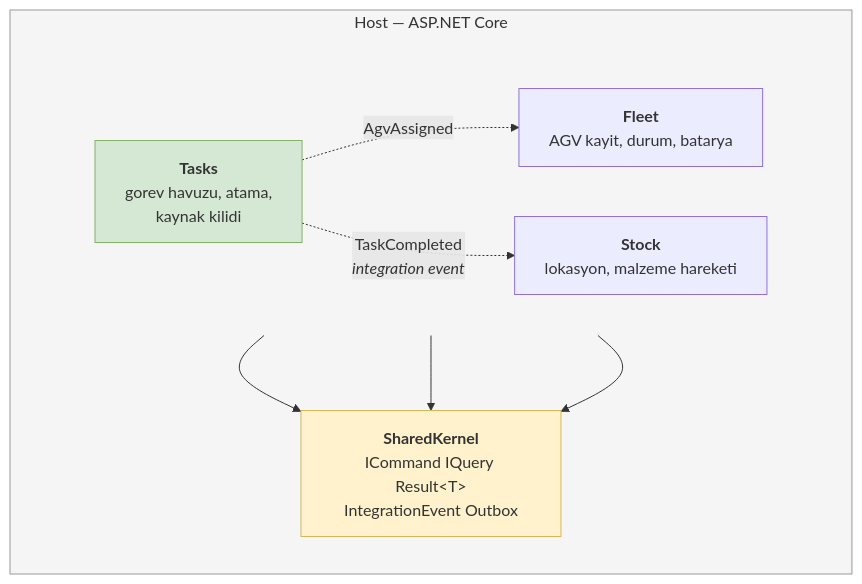
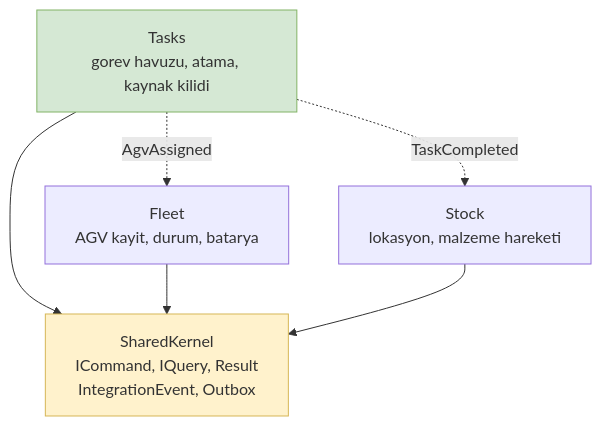
The first of 9 diagrams in docs/02-functional-analysis.md (SenaKocaslan/fleetops), drawn with Mermaid before and after one commit. The commit also changed other lines of this file and 1 other file, not shown here.

````diff
--- a/docs/02-functional-analysis.md
+++ b/docs/02-functional-analysis.md
@@ -5,25 +5,17 @@
 ```mermaid
 flowchart TB
-    subgraph host["Host — ASP.NET Core"]
-        direction TB
-        subgraph mods[" "]
-            direction LR
-            F["<b>Fleet</b><br/>AGV kayit, durum, batarya"]
-            T["<b>Tasks</b><br/>gorev havuzu, atama,<br/>kaynak kilidi"]
-            S["<b>Stock</b><br/>lokasyon, malzeme hareketi"]
-        end
-        SK["<b>SharedKernel</b><br/>ICommand IQuery Result&lt;T&gt;<br/>IntegrationEvent Outbox"]
-    end
+    T["Tasks<br/>gorev havuzu, atama, kaynak kilidi"]
+    F["Fleet<br/>AGV kayit, durum, batarya"]
+    S["Stock<br/>lokasyon, malzeme hareketi"]
+    SK["SharedKernel<br/>ICommand, IQuery, Result<br/>IntegrationEvent, Outbox"]
 
-    T -.->|"TaskCompleted<br/><i>integration event</i>"| S
+    T -.->|"TaskCompleted"| S
     T -.->|"AgvAssigned"| F
 
+    T --> SK
     F --> SK
-    T --> SK
     S --> SK
 
-    style mods fill:none,stroke:none
-    style host fill:#f5f5f5,stroke:#999999
     style T fill:#d5e8d4,stroke:#82b366
     style SK fill:#fff2cc,stroke:#d6b656
 ```
````
